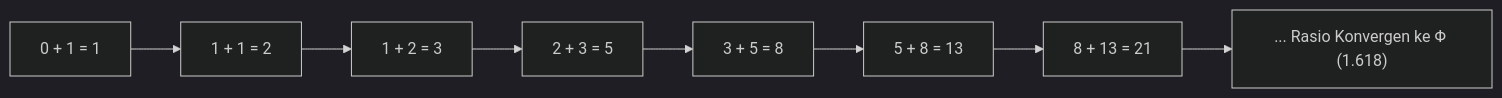
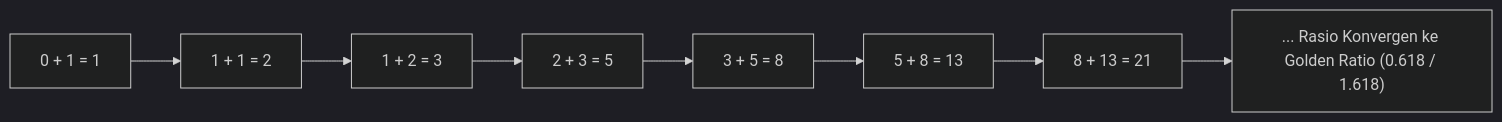
Before and after one commit to AlulCode45/Trading-Learning-Path: the second of 6 diagrams in docs/edianto-ong/23-fibonacci-dan-retracements.md, drawn with Mermaid (dark theme). The commit also changed other lines of this file and 29 other files, not shown here.

Commit message:
docs(edianto-ong): upgrade all 29 chapters with beginner analogies, diagrams, step-by-step guides, and case studies

````diff
--- a/docs/edianto-ong/23-fibonacci-dan-retracements.md
+++ b/docs/edianto-ong/23-fibonacci-dan-retracements.md
@@ -22,10 +42,10 @@
 ```mermaid
 flowchart LR
     N1["0 + 1 = 1"] --> N2["1 + 1 = 2"]
     N2 --> N3["1 + 2 = 3"]
     N3 --> N4["2 + 3 = 5"]
     N4 --> N5["3 + 5 = 8"]
     N5 --> N6["5 + 8 = 13"]
     N6 --> N7["8 + 13 = 21"]
-    N7 --> N8["... Rasio Konvergen ke Φ (1.618)"]
+    N7 --> N8["... Rasio Konvergen ke Golden Ratio (0.618 / 1.618)"]
 ```
````
